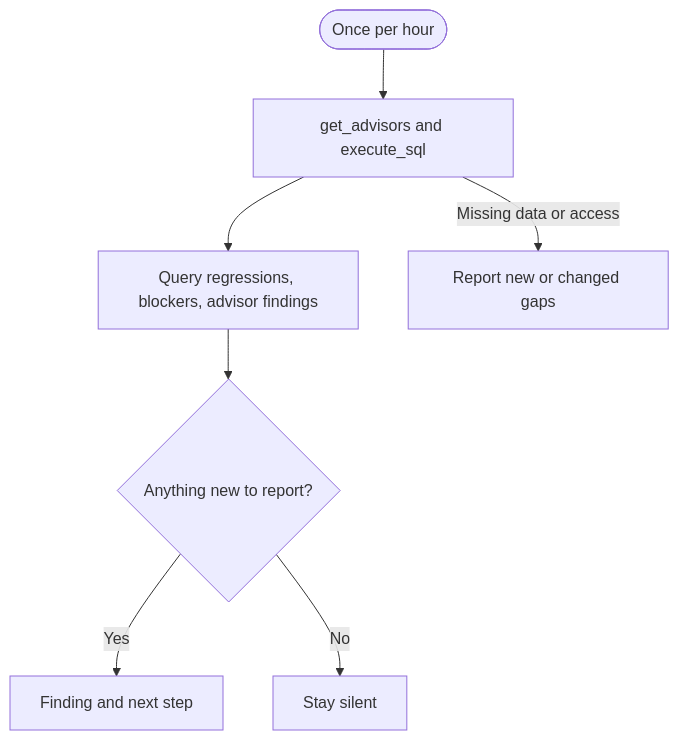
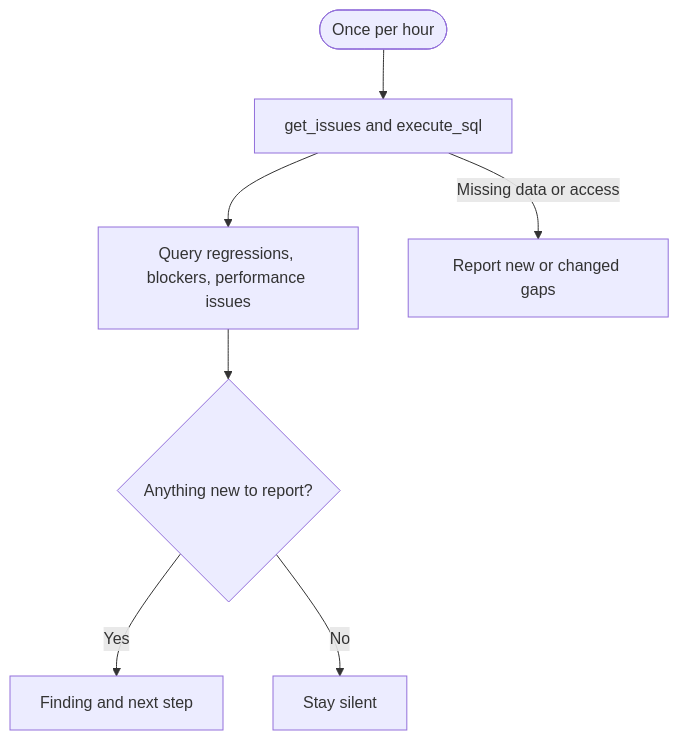
Before and after one commit to supabase/supabase: the diagram in apps/docs/content/guides/observability/automate-with-agents/performance.mdx, drawn with Mermaid. The commit also changed other lines of this file and 28 other files, not shown here.

First line of the commit message:
docs: rename Advisors to Issues

````diff
--- a/apps/docs/content/guides/observability/automate-with-agents/performance.mdx
+++ b/apps/docs/content/guides/observability/automate-with-agents/performance.mdx
@@ -8,9 +8,9 @@
 ```mermaid
 flowchart TD
-  Schedule([Once per hour]) --> Inspect[get_advisors and execute_sql]
-  Inspect --> Signals["Query regressions, blockers, advisor findings"]
+  Schedule([Once per hour]) --> Inspect[get_issues and execute_sql]
+  Inspect --> Signals["Query regressions, blockers, performance issues"]
   Signals --> Review{Anything new to report?}
   Review -->|Yes| Report[Finding and next step]
   Review -->|No| Silent[Stay silent]
   Inspect -->|Missing data or access| Gap[Report new or changed gaps]
 ```
````
